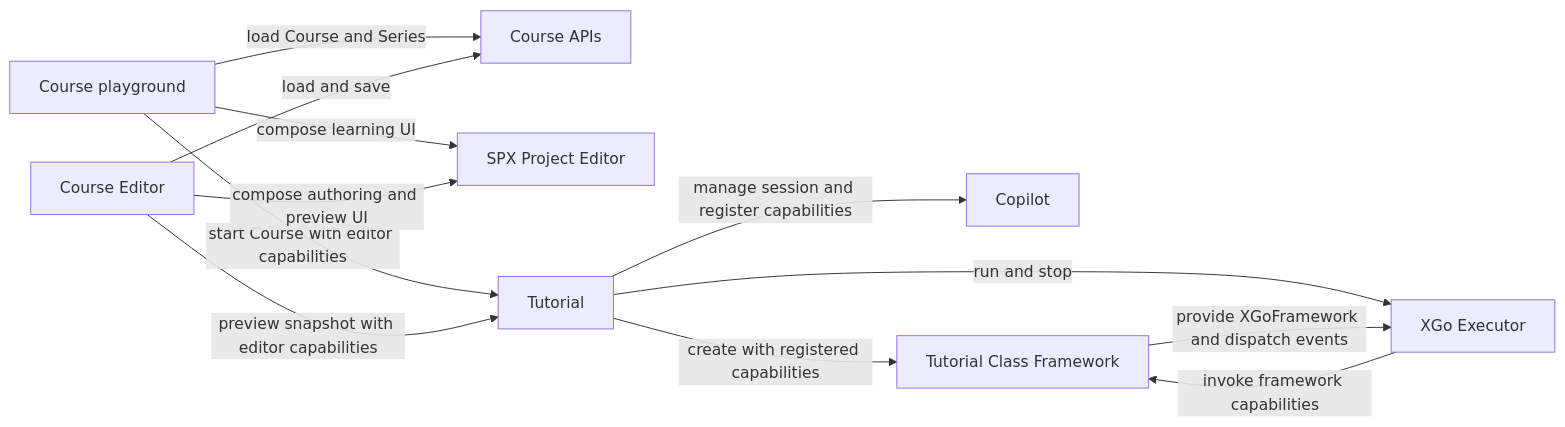
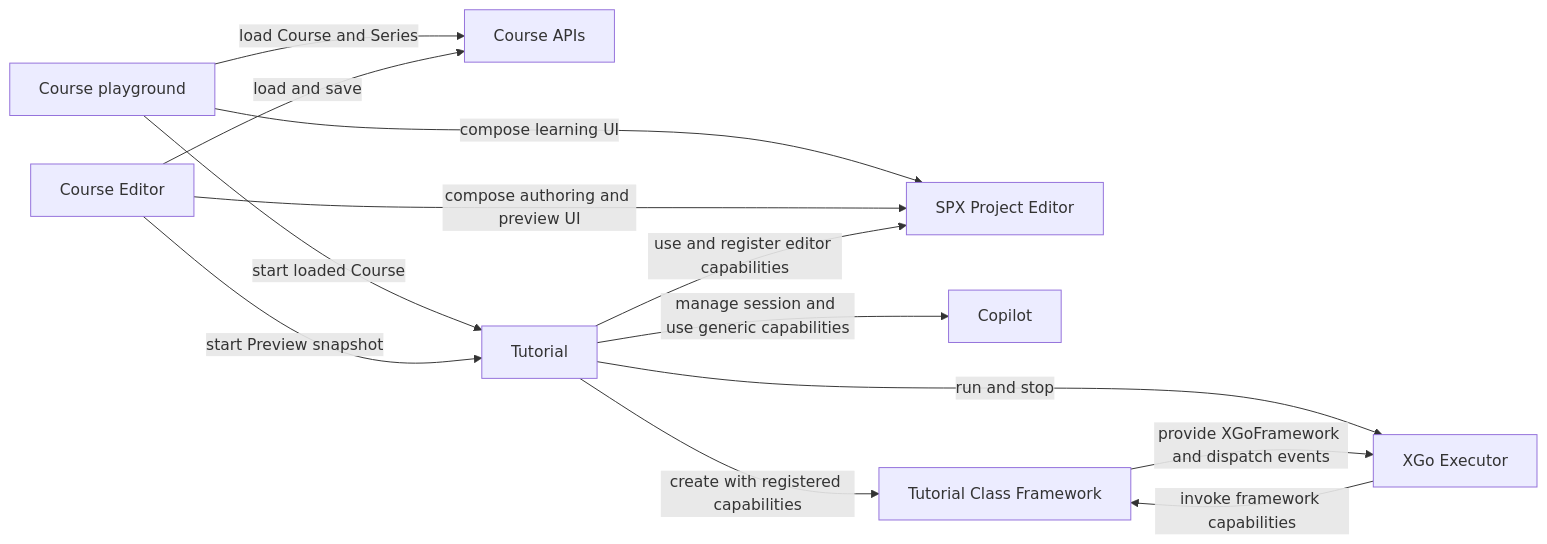
The diagram in docs/develop/tutorial-v2/index.md (nighca/goplus-builder), drawn with Mermaid before and after one commit. The commit also changed other lines of this file and 1 other file, not shown here.

Commit message:
docs: align tutorial v2 module boundaries

````diff
--- a/docs/develop/tutorial-v2/index.md
+++ b/docs/develop/tutorial-v2/index.md
@@ -95,17 +96,18 @@
 ```mermaid
 flowchart LR
     CoursePlayground["Course playground"] -->|load Course and Series| CourseApis["Course APIs"]
     CoursePlayground -->|compose learning UI| ProjectEditor["SPX Project Editor"]
-    CoursePlayground -->|start Course with editor capabilities| Tutorial
+    CoursePlayground -->|start loaded Course| Tutorial
 
     CourseEditor["Course Editor"] -->|load and save| CourseApis
     CourseEditor -->|compose authoring and preview UI| ProjectEditor
-    CourseEditor -->|preview snapshot with editor capabilities| Tutorial
+    CourseEditor -->|start Preview snapshot| Tutorial
 
-    Tutorial -->|manage session and register capabilities| Copilot
+    Tutorial -->|use and register editor capabilities| ProjectEditor
+    Tutorial -->|manage session and use generic capabilities| Copilot
     Tutorial -->|create with registered capabilities| Framework["Tutorial Class Framework"]
     Tutorial -->|run and stop| Executor["XGo Executor"]
 
     Framework -->|provide XGoFramework and dispatch events| Executor
     Executor -->|invoke framework capabilities| Framework
 ```
````
